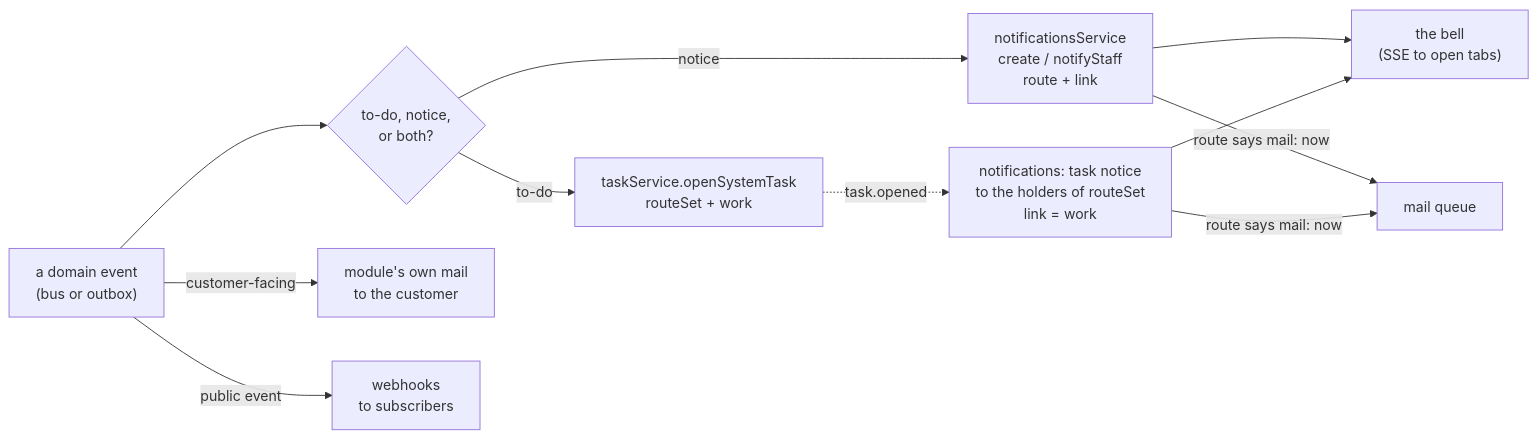
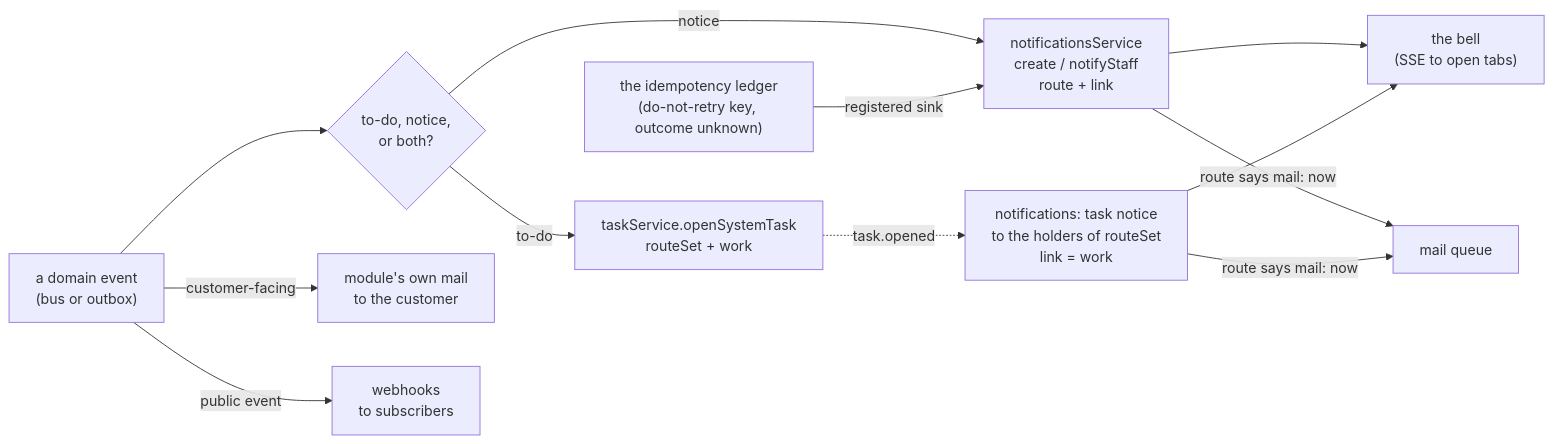
The fourth of 4 diagrams in docs/modules/shop-tasks.md (Guebbit/boilerplate-node-backend), drawn with Mermaid before and after one commit. The commit also changed other lines of this file and 55 other files, not shown here.

First line of the commit message:
feat(idempotency): a retry never repeats a refund, ship or stock write whose outcome is unknown

````diff
--- a/docs/modules/shop-tasks.md
+++ b/docs/modules/shop-tasks.md
@@ -276,13 +291,14 @@
 ```mermaid
 flowchart LR
     E["a domain event<br/>(bus or outbox)"] --> D{"to-do, notice,<br/>or both?"}
     D -->|"to-do"| OT["taskService.openSystemTask<br/>routeSet + work"]
     D -->|"notice"| NS["notificationsService<br/>create / notifyStaff<br/>route + link"]
+    LG["the idempotency ledger<br/>(do-not-retry key, outcome unknown)"] -->|"registered sink"| NS
     OT -. "task.opened" .-> TN["notifications: task notice<br/>to the holders of routeSet<br/>link = work"]
     NS --> BELL["the bell<br/>(SSE to open tabs)"]
     TN --> BELL
     NS -->|"route says mail: now"| MAIL["mail queue"]
     TN -->|"route says mail: now"| MAIL
     E -->|"customer-facing"| CM["module's own mail<br/>to the customer"]
     E -->|"public event"| WH["webhooks<br/>to subscribers"]
 ```
````
